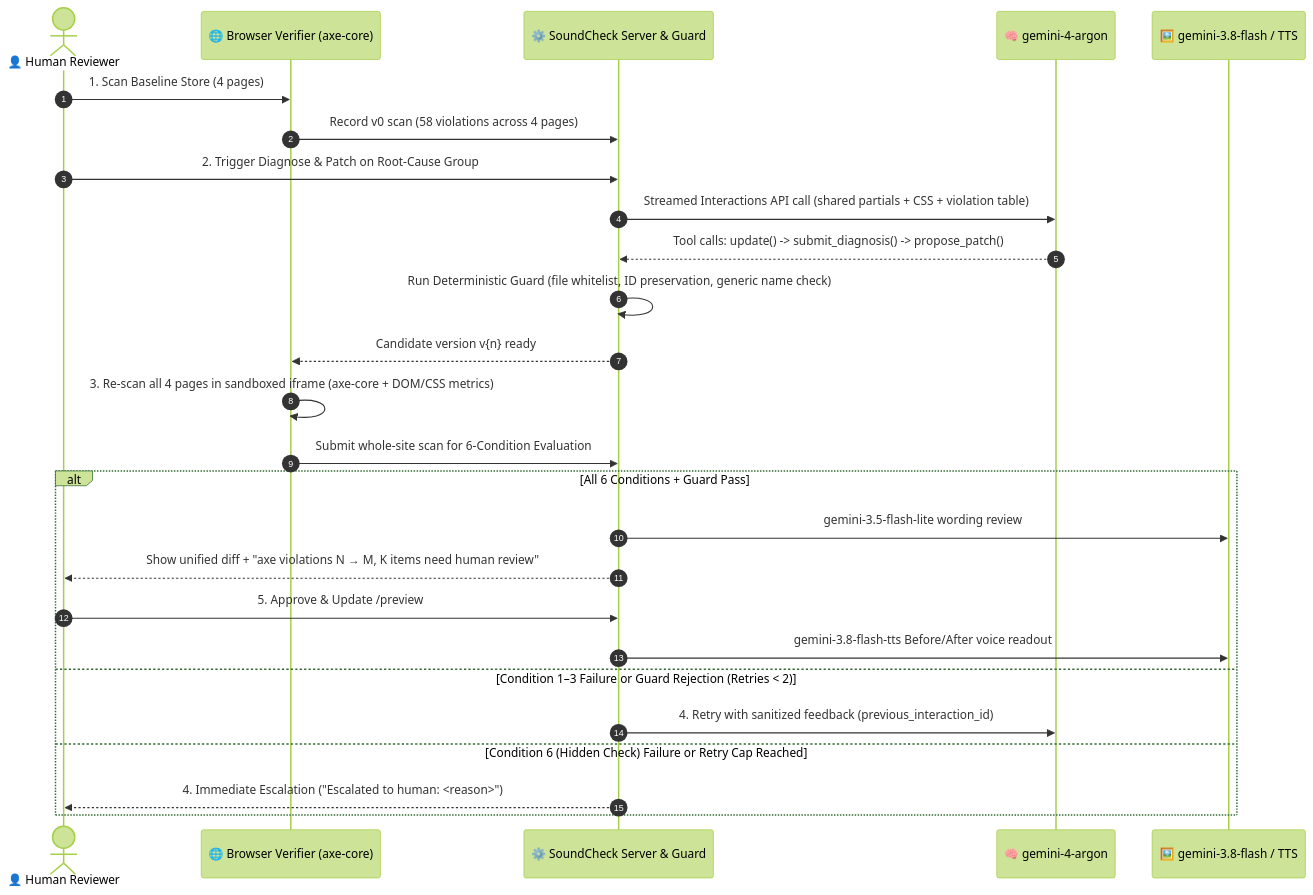
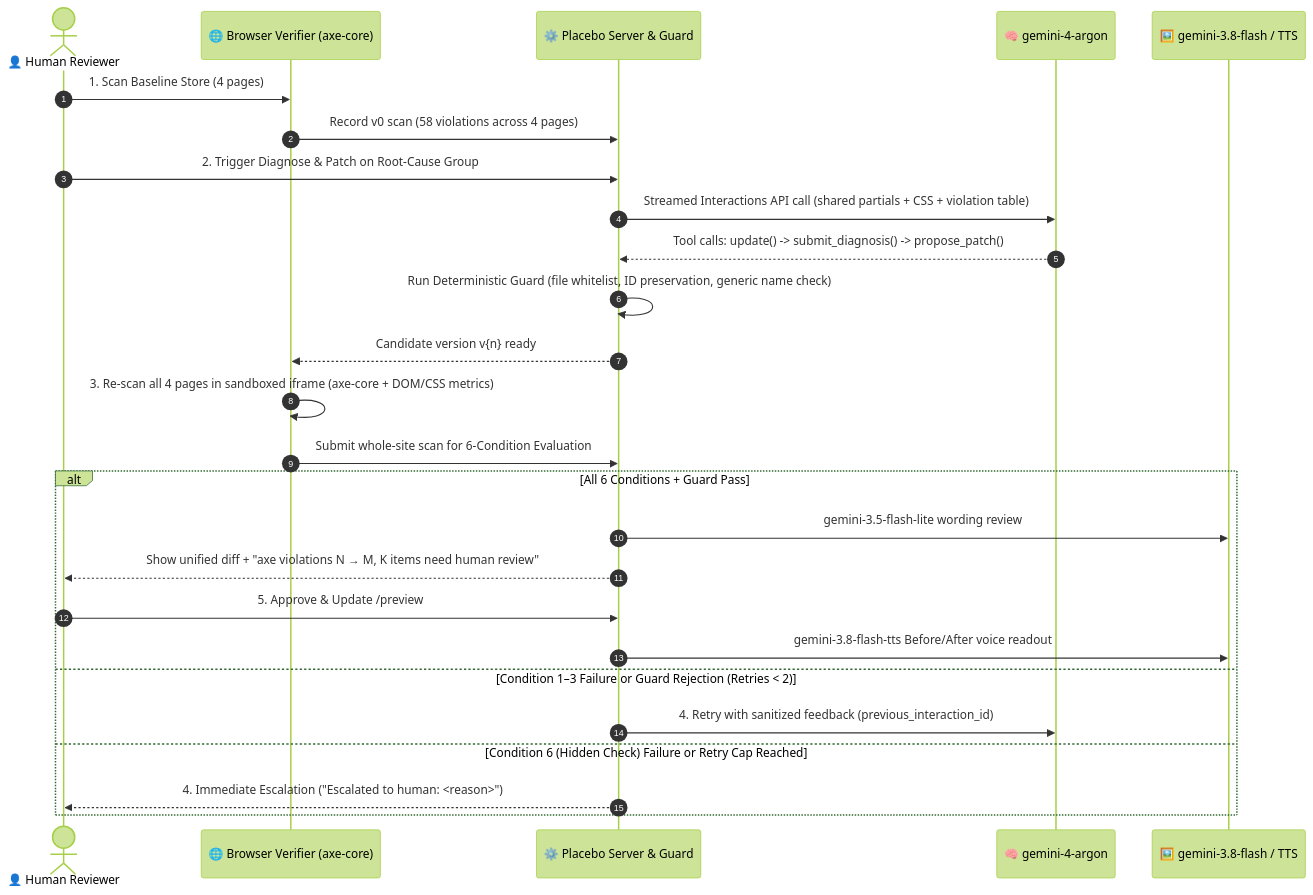
Before and after one commit to g1mn/placebo: the second of 2 diagrams in README.md, drawn with Mermaid (forest theme). The commit also changed other lines of this file and 7 other files, not shown here.

````diff
--- a/README.md
+++ b/README.md
@@ -101,29 +101,29 @@
 ```mermaid
 sequenceDiagram
     autonumber
     actor Human as 👤 Human Reviewer
     participant UI as 🌐 Browser Verifier (axe-core)
-    participant API as ⚙️ SoundCheck Server & Guard
+    participant API as ⚙️ Placebo Server & Guard
     participant Argon as 🧠 gemini-4-argon
     participant Assist as 🖼️ gemini-3.8-flash / TTS
 
     Human->>UI: 1. Scan Baseline Store (4 pages)
     UI->>API: Record v0 scan (58 violations across 4 pages)
     Human->>API: 2. Trigger Diagnose & Patch on Root-Cause Group
     API->>Argon: Streamed Interactions API call (shared partials + CSS + violation table)
     Argon-->>API: Tool calls: update() -> submit_diagnosis() -> propose_patch()
     API->>API: Run Deterministic Guard (file whitelist, ID preservation, generic name check)
     API-->>UI: Candidate version v{n} ready
     UI->>UI: 3. Re-scan all 4 pages in sandboxed iframe (axe-core + DOM/CSS metrics)
     UI->>API: Submit whole-site scan for 6-Condition Evaluation
     alt All 6 Conditions + Guard Pass
         API->>Assist: gemini-3.5-flash-lite wording review
         API-->>Human: Show unified diff + "axe violations N → M, K items need human review"
         Human->>API: 5. Approve & Update /preview
         API->>Assist: gemini-3.8-flash-tts Before/After voice readout
     else Condition 1–3 Failure or Guard Rejection (Retries < 2)
         API->>Argon: 4. Retry with sanitized feedback (previous_interaction_id)
     else Condition 6 (Hidden Check) Failure or Retry Cap Reached
         API-->>Human: 4. Immediate Escalation ("Escalated to human: <reason>")
     end
 ```
````
